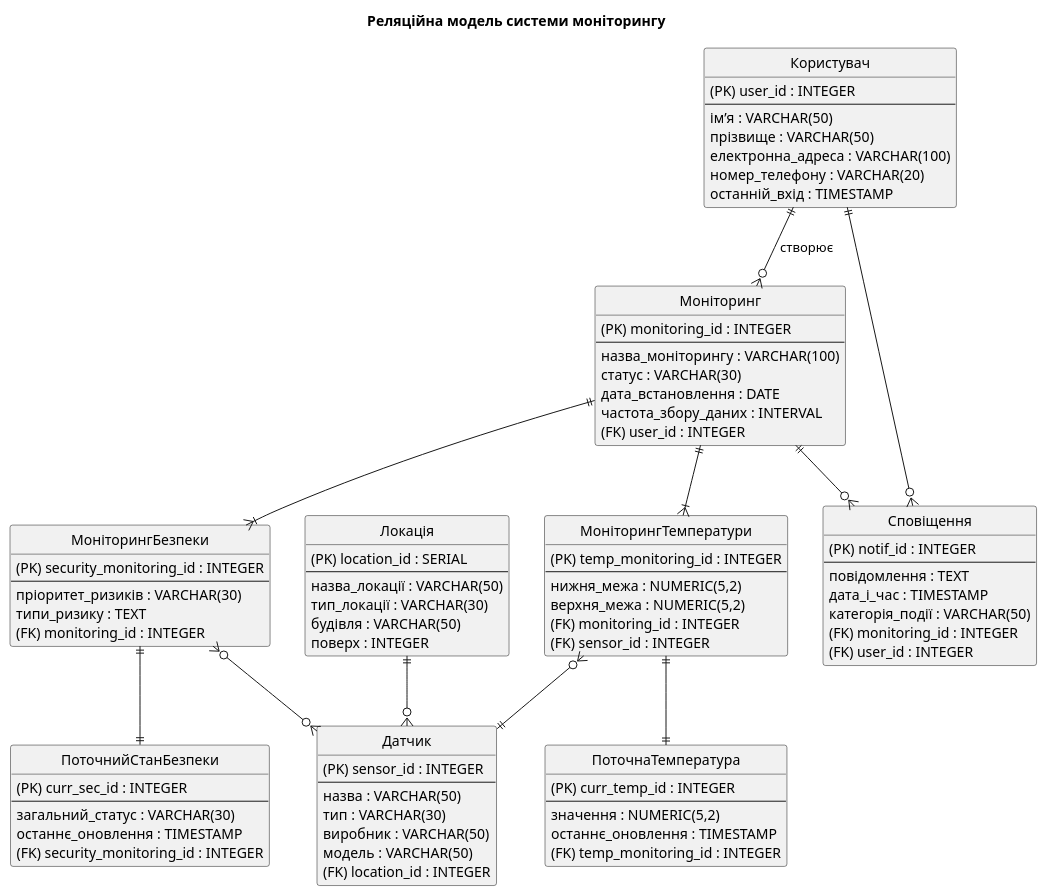
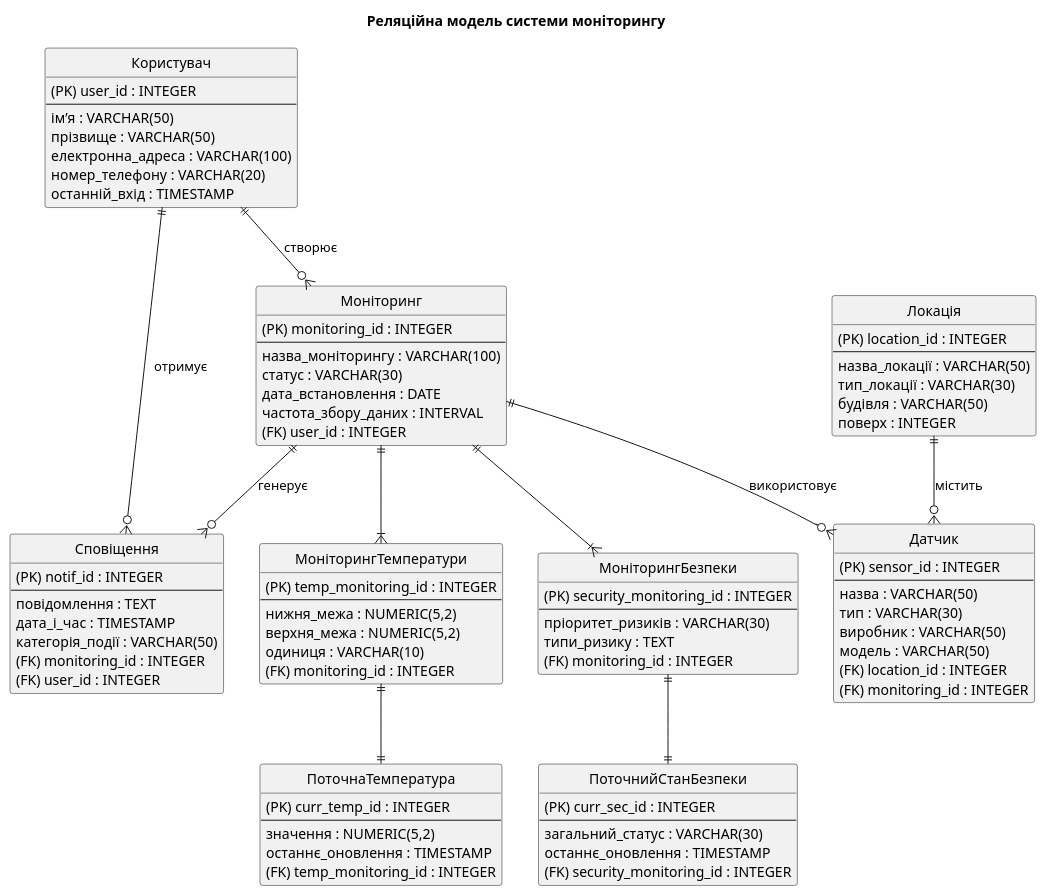
One commit to Julik52/NFR_Files changed the diagram in RelLogicalSchema.puml. Above: the diagram before and after it, drawn with PlantUML.

Commit message:
Update relationships and data types in schema

```diff
--- a/RelLogicalSchema.puml
+++ b/RelLogicalSchema.puml
@@ -1,100 +1,100 @@
 @startuml
 title Реляційна модель системи моніторингу
 
 hide circle
 
 entity "Користувач" as user {
   (PK) user_id : INTEGER 
   --
   ім’я : VARCHAR(50)
   прізвище : VARCHAR(50)
   електронна_адреса : VARCHAR(100)
   номер_телефону : VARCHAR(20)
   останній_вхід : TIMESTAMP
 }
 
 entity "Моніторинг" as monitoring {
   (PK) monitoring_id : INTEGER
   --
   назва_моніторингу : VARCHAR(100)
   статус : VARCHAR(30)
   дата_встановлення : DATE
   частота_збору_даних : INTERVAL
   (FK) user_id : INTEGER
 }
 
 entity "МоніторингТемператури" as tempMon {
   (PK) temp_monitoring_id : INTEGER
   --
   нижня_межа : NUMERIC(5,2)
   верхня_межа : NUMERIC(5,2)
+  одиниця : VARCHAR(10)
   (FK) monitoring_id : INTEGER
-  (FK) sensor_id : INTEGER
 }
 
 entity "МоніторингБезпеки" as secMon {
   (PK) security_monitoring_id : INTEGER
   --
   пріоритет_ризиків : VARCHAR(30)
   типи_ризику : TEXT
   (FK) monitoring_id : INTEGER
 }
 
 entity "ПоточнаТемпература" as currTemp {
   (PK) curr_temp_id : INTEGER
   --
   значення : NUMERIC(5,2)
   останнє_оновлення : TIMESTAMP
   (FK) temp_monitoring_id : INTEGER
 }
 
 entity "ПоточнийСтанБезпеки" as currSec {
   (PK) curr_sec_id : INTEGER
   --
   загальний_статус : VARCHAR(30)
   останнє_оновлення : TIMESTAMP
   (FK) security_monitoring_id : INTEGER
 }
 
 entity "Сповіщення" as notif {
   (PK) notif_id : INTEGER
   --
   повідомлення : TEXT
   дата_і_час : TIMESTAMP
   категорія_події : VARCHAR(50)
   (FK) monitoring_id : INTEGER
   (FK) user_id : INTEGER
 }
 
 entity "Датчик" as sensor {
   (PK) sensor_id : INTEGER
   --
   назва : VARCHAR(50)
   тип : VARCHAR(30)
   виробник : VARCHAR(50)
   модель : VARCHAR(50)
   (FK) location_id : INTEGER
+  (FK) monitoring_id : INTEGER
 }
 
 entity "Локація" as location {
-  (PK) location_id : SERIAL
+  (PK) location_id : INTEGER 
   --
   назва_локації : VARCHAR(50)
   тип_локації : VARCHAR(30)
   будівля : VARCHAR(50)
   поверх : INTEGER
 }
 
 ' --- Зв’язки ---
 user ||--o{ monitoring : створює
 monitoring ||--|{ tempMon
 monitoring ||--|{ secMon
 tempMon ||--|| currTemp
 secMon ||--|| currSec
-tempMon }o--|| sensor
-secMon }o--o{ sensor
-location ||--o{ sensor
-monitoring ||--o{ notif
-user ||--o{ notif
+monitoring ||--o{ sensor : використовує
+location ||--o{ sensor : містить
+monitoring ||--o{ notif : генерує
+user ||--o{ notif : отримує
 
 @enduml
```
